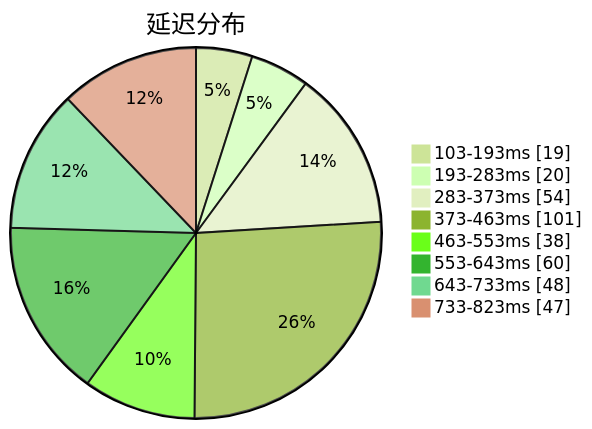
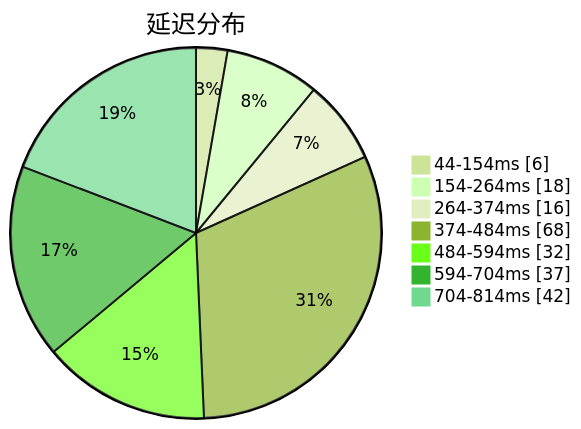
Before and after one commit to sinspired/airport: the first of 3 diagrams in subs/statistics/tested_within.md, drawn with Mermaid (forest theme). The commit also changed other lines of this file and 2 other files, not shown here.

````diff
--- a/subs/statistics/tested_within.md
+++ b/subs/statistics/tested_within.md
@@ -2,12 +2,11 @@
 ```mermaid
 pie showData
 title 延迟分布
-"103-193ms" : 19
-"193-283ms" : 20
-"283-373ms" : 54
-"373-463ms" : 101
-"463-553ms" : 38
-"553-643ms" : 60
-"643-733ms" : 48
-"733-823ms" : 47
+"44-154ms" : 6
+"154-264ms" : 18
+"264-374ms" : 16
+"374-484ms" : 68
+"484-594ms" : 32
+"594-704ms" : 37
+"704-814ms" : 42
 ```
````
